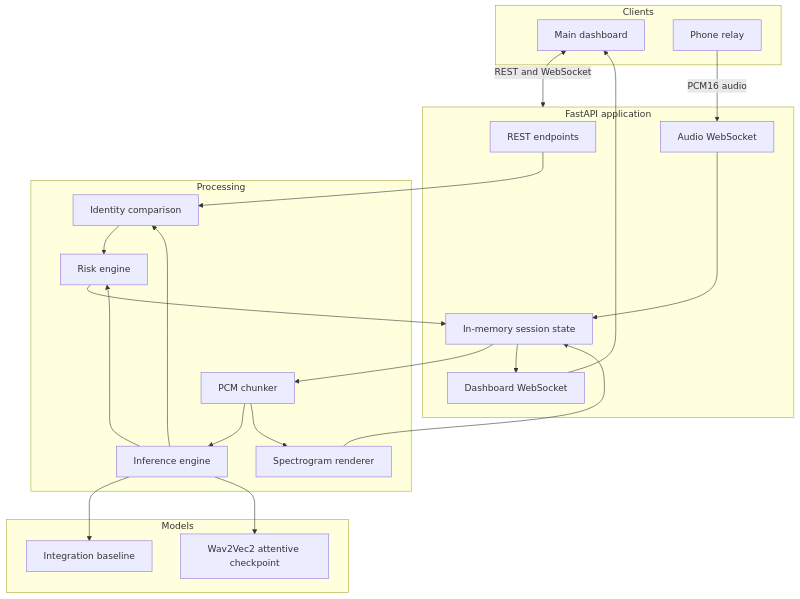
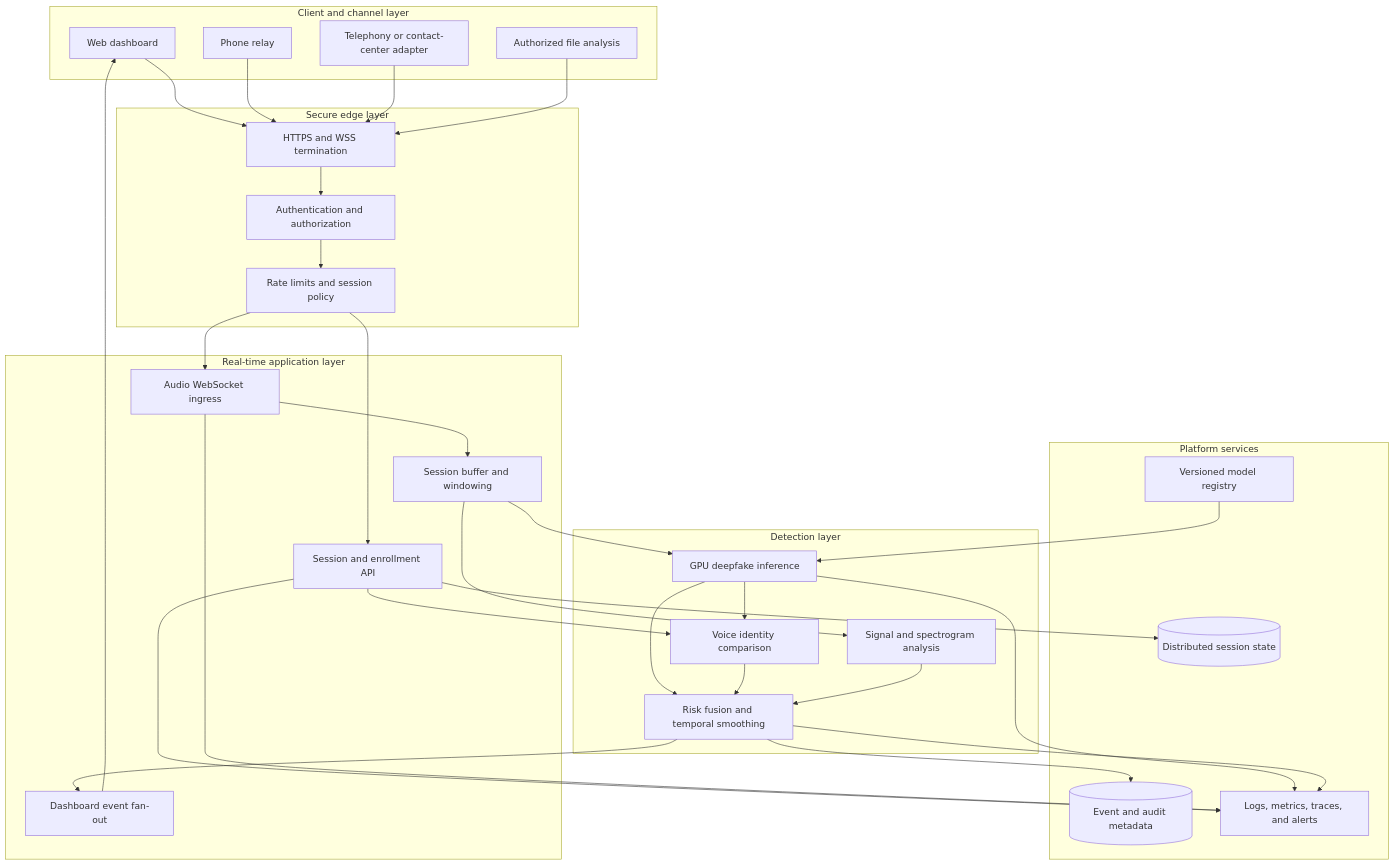
The second of 9 diagrams in README.md (njhari-07/SvaraSentry), drawn with Mermaid before and after one commit. The commit also changed other lines of this file, not shown here.

````diff
--- a/README.md
+++ b/README.md
@@ -102,44 +120,61 @@
 ```mermaid
 flowchart TB
-    subgraph Clients
-        DASH[Main dashboard]
+    subgraph Clients[Client and channel layer]
+        WEB[Web dashboard]
         PHONE[Phone relay]
+        CALL[Telephony or contact-center adapter]
+        FILE[Authorized file analysis]
     end
 
-    subgraph API[FastAPI application]
-        REST[REST endpoints]
-        AUDIOWS[Audio WebSocket]
-        DASHWS[Dashboard WebSocket]
-        SESSION[In-memory session state]
+    subgraph Edge[Secure edge layer]
+        TLS[HTTPS and WSS termination]
+        AUTH[Authentication and authorization]
+        LIMIT[Rate limits and session policy]
     end
 
-    subgraph Processing
-        CHUNKER[PCM chunker]
-        INFER[Inference engine]
-        SPEC[Spectrogram renderer]
-        ID[Identity comparison]
-        RISK[Risk engine]
+    subgraph Realtime[Real-time application layer]
+        API[Session and enrollment API]
+        INGEST[Audio WebSocket ingress]
+        BUFFER[Session buffer and windowing]
+        FANOUT[Dashboard event fan-out]
     end
 
-    subgraph Models
-        BASE[Integration baseline]
-        ML[Wav2Vec2 attentive checkpoint]
+    subgraph Intelligence[Detection layer]
+        GPU[GPU deepfake inference]
+        SIGNAL[Signal and spectrogram analysis]
+        IDENTITY[Voice identity comparison]
+        RISK[Risk fusion and temporal smoothing]
     end
 
-    DASH <-->|REST and WebSocket| API
-    PHONE -->|PCM16 audio| AUDIOWS
-    AUDIOWS --> SESSION
-    SESSION --> CHUNKER
-    CHUNKER --> INFER
-    CHUNKER --> SPEC
-    INFER --> BASE
-    INFER --> ML
-    INFER --> ID
-    REST --> ID
-    ID --> RISK
-    INFER --> RISK
-    RISK --> SESSION
-    SPEC --> SESSION
-    SESSION --> DASHWS
-    DASHWS --> DASH
+    subgraph Platform[Platform services]
+        SESSION[(Distributed session state)]
+        EVENTS[(Event and audit metadata)]
+        OBS[Logs, metrics, traces, and alerts]
+        REGISTRY[Versioned model registry]
+    end
+
+    WEB --> TLS
+    PHONE --> TLS
+    CALL --> TLS
+    FILE --> TLS
+    TLS --> AUTH --> LIMIT
+    LIMIT --> API
+    LIMIT --> INGEST
+    API --> SESSION
+    INGEST --> BUFFER
+    BUFFER --> GPU
+    BUFFER --> SIGNAL
+    REGISTRY --> GPU
+    GPU --> IDENTITY
+    API --> IDENTITY
+    GPU --> RISK
+    IDENTITY --> RISK
+    SIGNAL --> RISK
+    RISK --> FANOUT
+    FANOUT --> WEB
+    RISK --> EVENTS
+    API --> OBS
+    INGEST --> OBS
+    GPU --> OBS
+    RISK --> OBS
 ```
````
